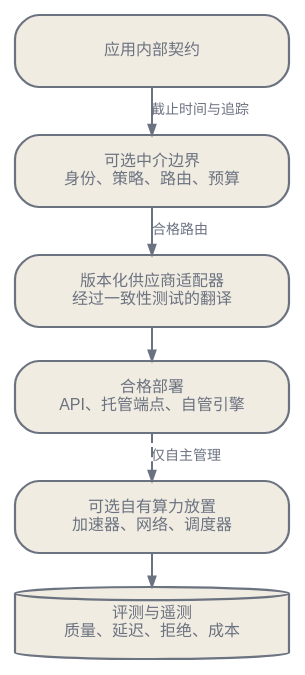
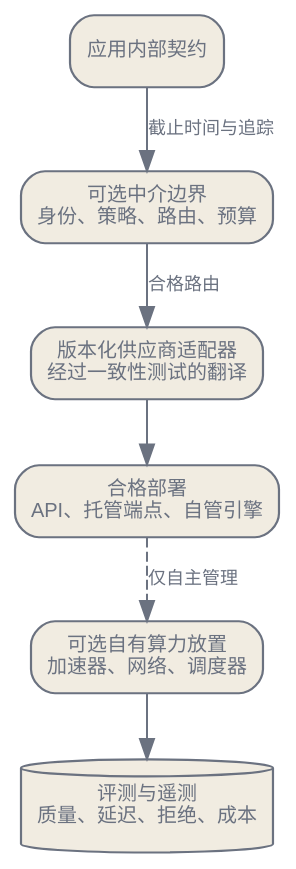
Before and after one commit to latere-ai/ai-as-an-infrastructure: the diagram in zh/practice/02-serving-and-compute.qmd, drawn with Graphviz.

Commit message:
practice: set the zh request path diagram at the en type size

````diff
--- a/zh/practice/02-serving-and-compute.qmd
+++ b/zh/practice/02-serving-and-compute.qmd
@@ -35,25 +35,25 @@
 ```{dot}
 //| label: fig-serving-stack
 //| fig-cap: "一条保持契约的请求路径。供应商适配器依据内部契约完成经过测试的转换；算力放置边界只适用于自主管理的部署方式。"
 digraph {
   bgcolor="transparent";
   rankdir=TB;
-  nodesep=0.14; ranksep=0.22;
-  node [shape=box, style="rounded,filled", fontname="Helvetica", fontsize=8,
+  nodesep=0.35; ranksep=0.45;
+  node [shape=box, style="rounded,filled", fontname="Helvetica", fontsize=10,
         color="#6b7280", fontcolor="#6b7280", fillcolor="#f1ece1",
-        penwidth=1.1, margin="0.05,0.03", width=1.9];
-  edge [fontsize=7, fontname="Helvetica", color="#6b7280",
-        fontcolor="#6b7280", arrowsize=0.5];
+        penwidth=1.1, margin="0.12,0.08"];
+  edge [fontsize=9, fontname="Helvetica", color="#6b7280",
+        fontcolor="#6b7280"];
   app [label="应用内部契约"];
   policy [label="可选中介边界\n身份、策略、路由、预算"];
   adapter [label="版本化供应商适配器\n经过一致性测试的翻译"];
   deployment [label="合格部署\nAPI、托管端点、自管引擎"];
   compute [label="可选自有算力放置\n加速器、网络、调度器"];
   evidence [label="评测与遥测\n质量、延迟、拒绝、成本", shape=cylinder];
   app -> policy [label="截止时间与追踪"];
   policy -> adapter [label="合格路由"];
   adapter -> deployment;
   deployment -> compute [style=dashed, label="仅自主管理"];
   compute -> evidence;
 }
 ```
````
